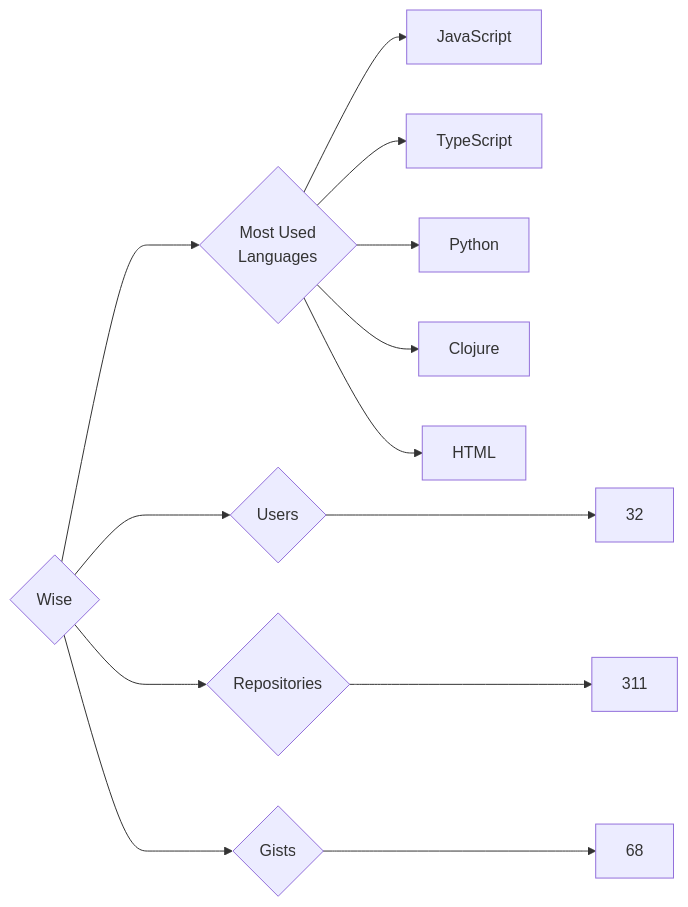
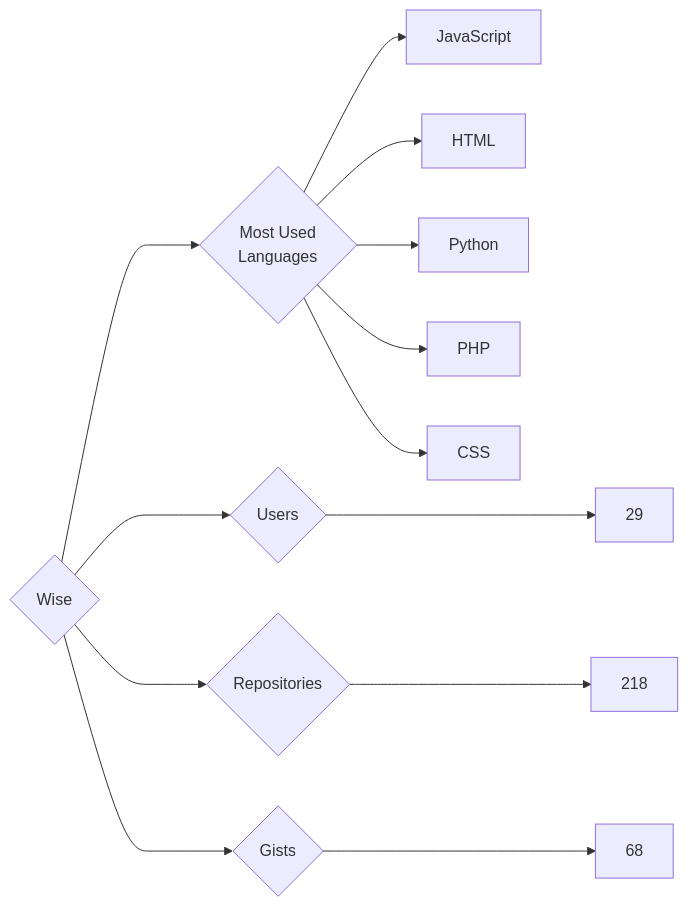
The diagram in targets/Wise/README.md (trickest/insiders), drawn with Mermaid before and after one commit. The commit also changed 681 other files, not shown here.

````diff
--- a/targets/Wise/README.md
+++ b/targets/Wise/README.md
@@ -3,13 +3,13 @@
 ```mermaid
 graph LR
 COMPANY_NAME{Wise}
-COMPANY_NAME ---> U{Users} ---> UN[32]
-COMPANY_NAME ---> R{Repositories} ---> RN[311]
+COMPANY_NAME ---> U{Users} ---> UN[29]
+COMPANY_NAME ---> R{Repositories} ---> RN[218]
 COMPANY_NAME ---> G{Gists} ---> GN[68]
 COMPANY_NAME ---> ML{Most Used<br>Languages}
 ML --> JavaScript[JavaScript]
-ML --> TypeScript[TypeScript]
+ML --> HTML[HTML]
 ML --> Python[Python]
-ML --> Clojure[Clojure]
-ML --> HTML[HTML]
+ML --> PHP[PHP]
+ML --> CSS[CSS]
 ```
````
